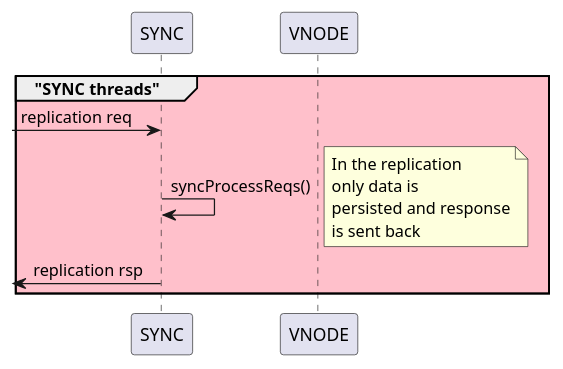
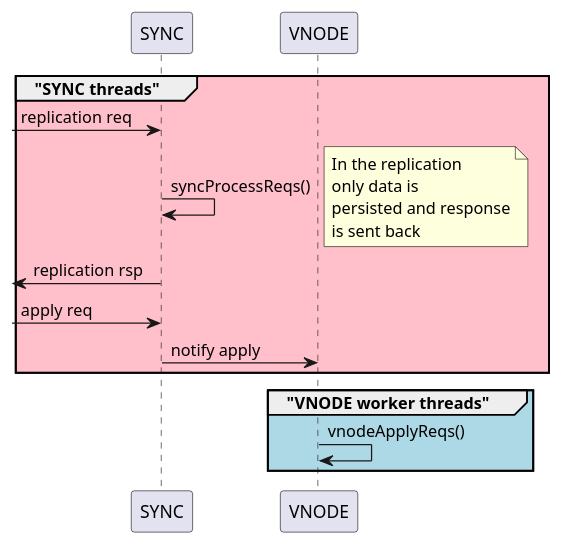
One commit to taosdata/TDengine changed the third of 5 diagrams in docs/scratch.md. Above: the diagram before and after it, drawn with PlantUML. The commit also changed other lines of this file, not shown here.

````diff
--- a/docs/scratch.md
+++ b/docs/scratch.md
@@ -132,21 +136,29 @@
 ```plantuml
-    @startuml replication_process
+    @startuml follower_process_strict_consistency
     participant SYNC as sync
     participant VNODE as vnode
 
     group #pink "SYNC threads"
         -> sync: replication req
 
         sync -> sync: syncProcessReqs()
         note right
             In the replication
             only data is
             persisted and response
             is sent back
         end note
 
         <- sync: replication rsp
+
+        -> sync: apply req
+
+        sync -> vnode: notify apply
+    end
+
+    group #lightblue "VNODE worker threads"
+        vnode -> vnode: vnodeApplyReqs()
     end
 
     @enduml
 ```
````
